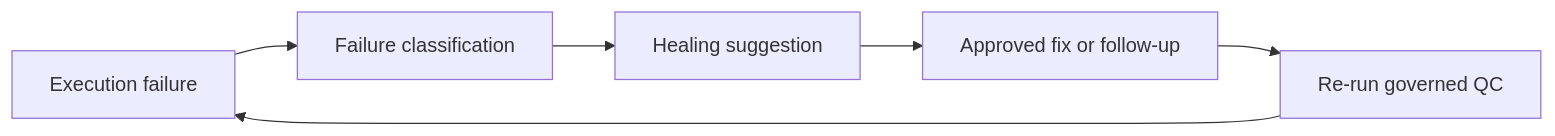
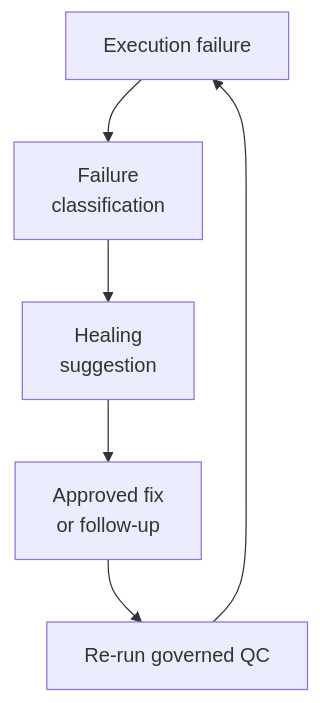
The fifth of 5 diagrams in docs/qa/ai-qc-workflow.md (Qin-BL/quality-platform), drawn with Mermaid before and after one commit. The commit also changed other lines of this file and 2 other files, not shown here.

Commit message:
Improve diagram readability

```diff
--- a/docs/qa/ai-qc-workflow.md
+++ b/docs/qa/ai-qc-workflow.md
@@ -95,8 +95,8 @@
 ::: mermaid
-graph LR
-    A["Execution failure"] --> B["Failure classification"]
-    B --> C["Healing suggestion"]
-    C --> D["Approved fix or follow-up"]
+graph TD
+    A["Execution failure"] --> B["Failure<br/>classification"]
+    B --> C["Healing<br/>suggestion"]
+    C --> D["Approved fix<br/>or follow-up"]
     D --> E["Re-run governed QC"]
     E --> A
 :::
```
